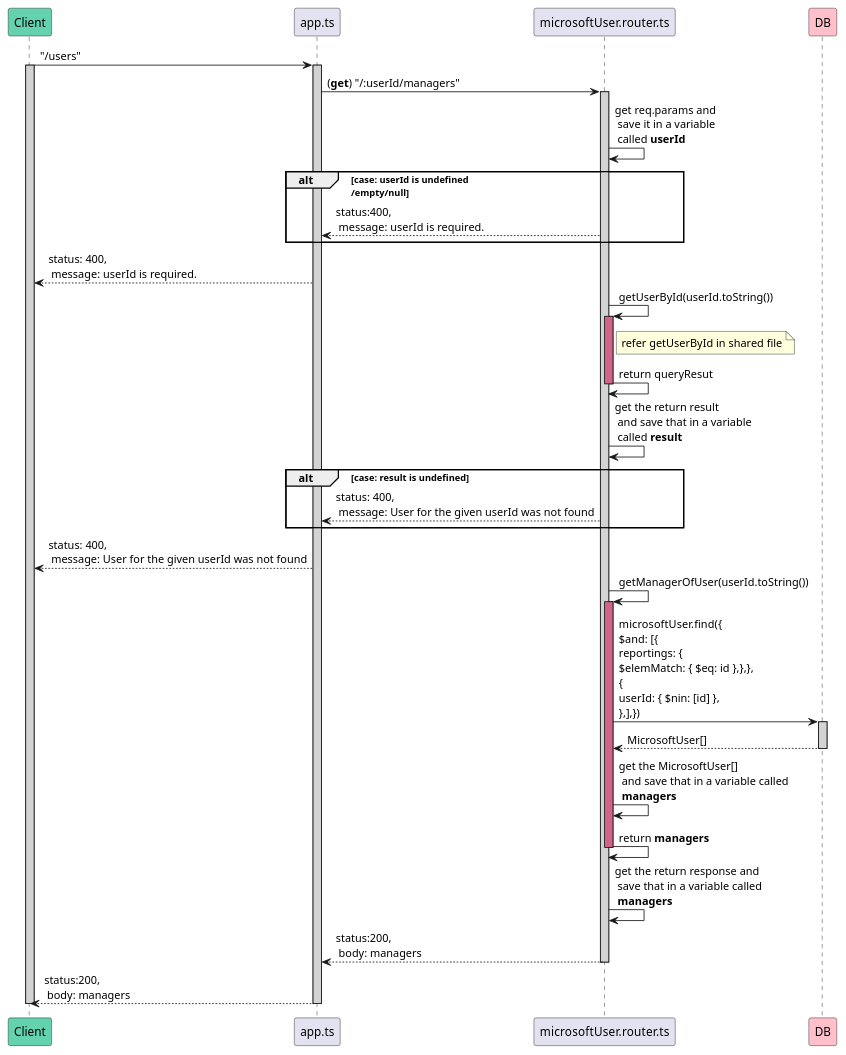
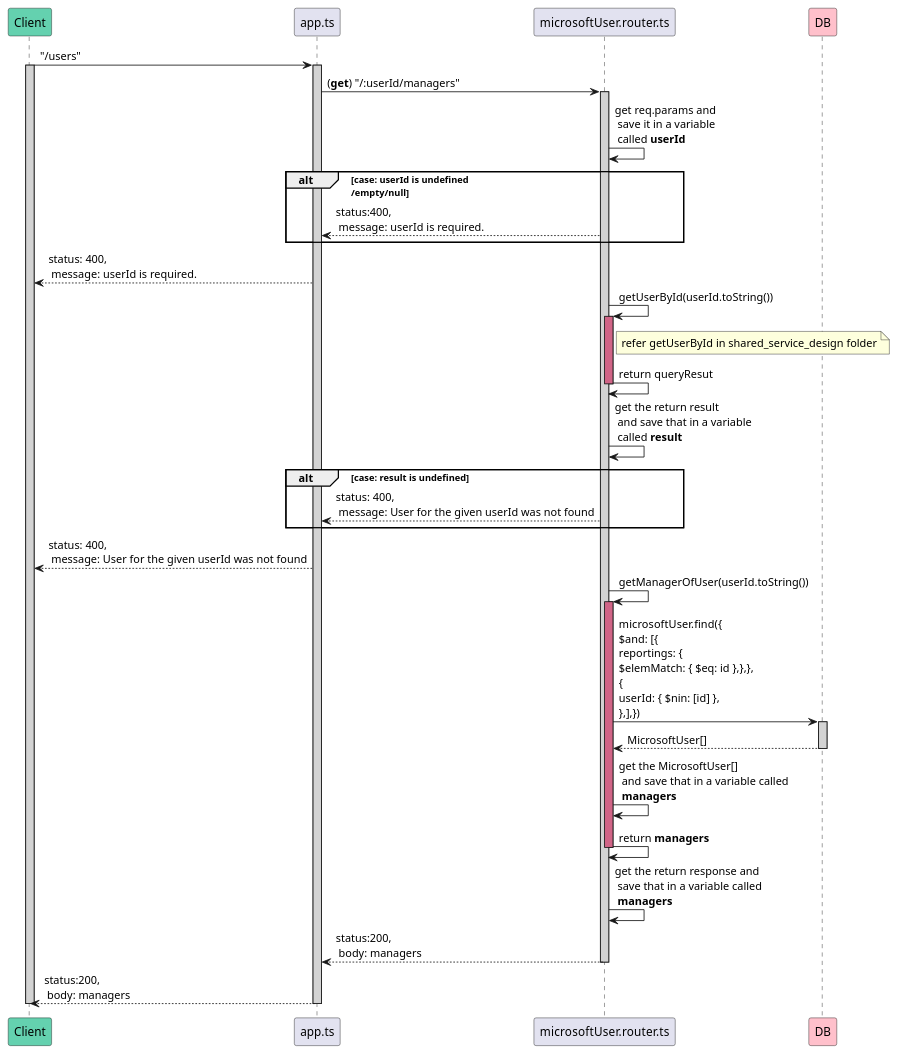
The diagram in backend/services_design/user_service/sequence_diagram/get_managers_by_userId.puml (avasoft-mobility/workday-design), drawn with PlantUML before and after one commit. The commit also changed 8 other files, not shown here.

```diff
--- a/backend/services_design/user_service/sequence_diagram/get_managers_by_userId.puml
+++ b/backend/services_design/user_service/sequence_diagram/get_managers_by_userId.puml
@@ -1,42 +1,42 @@
 @startuml get managers by userId
 participant Client #64D1AF
 participant app.ts
 participant microsoftUser.router.ts
 participant DB #FFC0CB
 
 Client -> app.ts : "/users"
 activate Client #D3D3D3
     activate app.ts #D3D3D3
         app.ts -> microsoftUser.router.ts : (**get**) "/:userId/managers"
         activate microsoftUser.router.ts #D3D3D3
             microsoftUser.router.ts -> microsoftUser.router.ts : get req.params and\n save it in a variable\n called **userId**
             alt case: userId is undefined\n/empty/null
                 app.ts <--  microsoftUser.router.ts : status:400,\n message: userId is required.
             end
             Client <-- app.ts : status: 400,\n message: userId is required.
             microsoftUser.router.ts -> microsoftUser.router.ts : getUserById(userId.toString())
             activate microsoftUser.router.ts #D16587
-                note right of microsoftUser.router.ts : refer getUserById in shared file
+                note right of microsoftUser.router.ts : refer getUserById in shared_service_design folder
                 microsoftUser.router.ts -> microsoftUser.router.ts : return queryResut
             deactivate microsoftUser.router.ts
             microsoftUser.router.ts -> microsoftUser.router.ts : get the return result\n and save that in a variable\n called **result**
             alt case: **result** is undefined
                 app.ts <-- microsoftUser.router.ts : status: 400,\n message: User for the given userId was not found
             end
             Client <-- app.ts : status: 400,\n message: User for the given userId was not found
             microsoftUser.router.ts -> microsoftUser.router.ts : getManagerOfUser(userId.toString())
             activate microsoftUser.router.ts #D16587
                 microsoftUser.router.ts -> DB :  microsoftUser.find({\n$and: [{\nreportings: {\n$elemMatch: { $eq: id },},},\n{\nuserId: { $nin: [id] },\n},],})
                 activate DB #D3D3D3
                     microsoftUser.router.ts <-- DB : MicrosoftUser[]
                 deactivate DB 
                 microsoftUser.router.ts -> microsoftUser.router.ts : get the MicrosoftUser[]\n and save that in a variable called\n **managers**
                 microsoftUser.router.ts -> microsoftUser.router.ts : return **managers**
             deactivate microsoftUser.router.ts
             microsoftUser.router.ts -> microsoftUser.router.ts :  get the return response and\n save that in a variable called\n **managers**
             app.ts <-- microsoftUser.router.ts : status:200,\n body: managers
         deactivate microsoftUser.router.ts
         Client <-- app.ts :  status:200,\n body: managers
     deactivate app.ts
 deactivate Client
 @enduml
```
